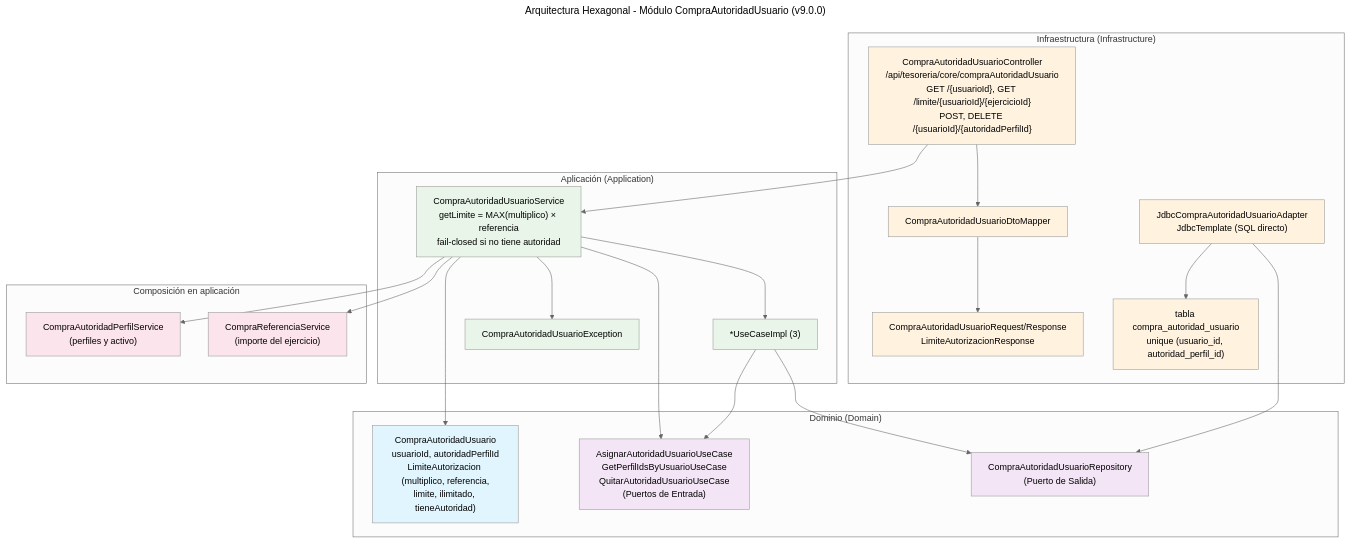
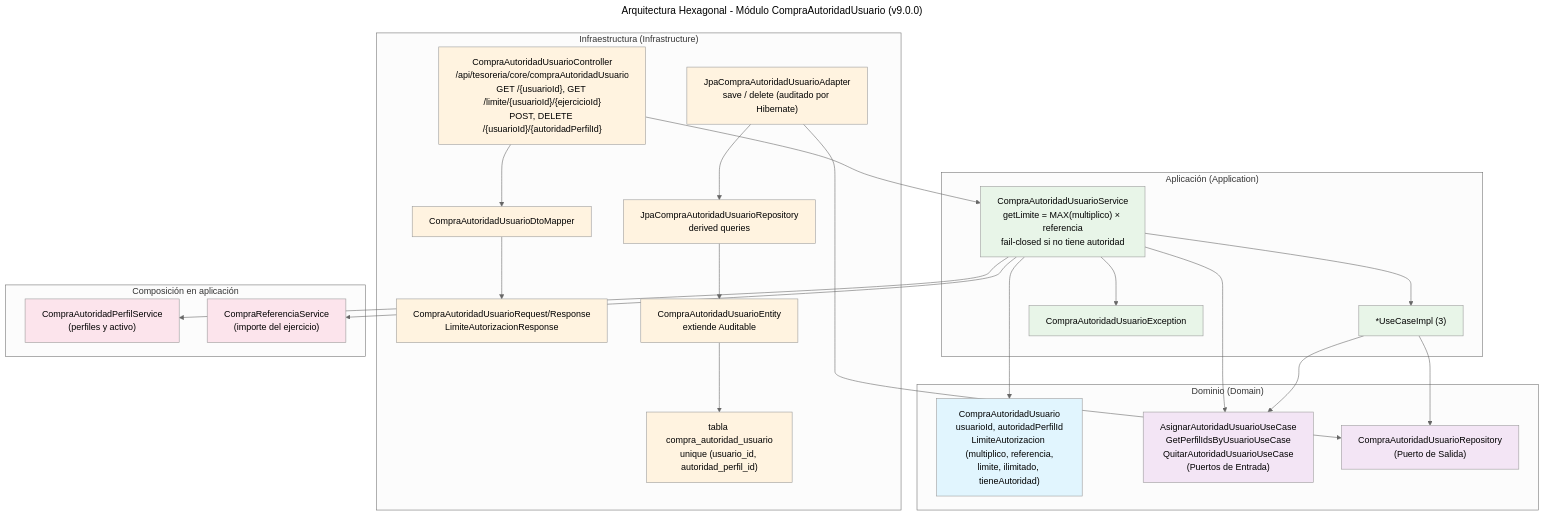
The diagram in docs/hexagonal-compraAutoridadUsuario.mmd (UM-services/UM.tesoreria.core-service), drawn with Mermaid (neutral theme) before and after one commit. The commit also changed 94 other files, not shown here.

```diff
--- a/docs/hexagonal-compraAutoridadUsuario.mmd
+++ b/docs/hexagonal-compraAutoridadUsuario.mmd
@@ -1,56 +1,62 @@
 ---
 title: Arquitectura Hexagonal - Módulo CompraAutoridadUsuario (v9.0.0)
 ---
 flowchart TD
     subgraph Dominio ["Dominio (Domain)"]
         M["CompraAutoridadUsuario<br/>usuarioId, autoridadPerfilId<br/>LimiteAutorizacion (multiplico, referencia,<br/>limite, ilimitado, tieneAutoridad)"]
         IN["AsignarAutoridadUsuarioUseCase<br/>GetPerfilIdsByUsuarioUseCase<br/>QuitarAutoridadUsuarioUseCase<br/>(Puertos de Entrada)"]
         OUT["CompraAutoridadUsuarioRepository<br/>(Puerto de Salida)"]
     end
 
     subgraph Aplicacion ["Aplicación (Application)"]
         Svc["CompraAutoridadUsuarioService<br/>getLimite = MAX(multiplico) × referencia<br/>fail-closed si no tiene autoridad"]
         UCs["*UseCaseImpl (3)"]
         Exc["CompraAutoridadUsuarioException"]
     end
 
     subgraph Infraestructura ["Infraestructura (Infrastructure)"]
         Ctrl["CompraAutoridadUsuarioController<br/>/api/tesoreria/core/compraAutoridadUsuario<br/>GET /{usuarioId}, GET /limite/{usuarioId}/{ejercicioId}<br/>POST, DELETE /{usuarioId}/{autoridadPerfilId}"]
         DTO["CompraAutoridadUsuarioRequest/Response<br/>LimiteAutorizacionResponse"]
         Map["CompraAutoridadUsuarioDtoMapper"]
-        Adp["JdbcCompraAutoridadUsuarioAdapter<br/>JdbcTemplate (SQL directo)"]
+        Adp["JpaCompraAutoridadUsuarioAdapter<br/>save / delete (auditado por Hibernate)"]
+        Repo["JpaCompraAutoridadUsuarioRepository<br/>derived queries"]
+        Ent["CompraAutoridadUsuarioEntity<br/>extiende Auditable"]
         Tabla["tabla compra_autoridad_usuario<br/>unique (usuario_id, autoridad_perfil_id)"]
     end
 
     subgraph CrossSlice ["Composición en aplicación"]
         Per["CompraAutoridadPerfilService<br/>(perfiles y activo)"]
         Ref["CompraReferenciaService<br/>(importe del ejercicio)"]
     end
 
     Ctrl --> Svc
     Ctrl --> Map
     Map --> DTO
     Svc --> IN
     Svc --> UCs
     Svc --> Exc
     Svc --> Per
     Svc --> Ref
     UCs --> IN
     UCs --> OUT
     Adp --> OUT
-    Adp --> Tabla
+    Adp --> Repo
+    Repo --> Ent
+    Ent --> Tabla
     Svc --> M
 
     style M fill:#e1f5fe
     style IN fill:#f3e5f5
     style OUT fill:#f3e5f5
     style Svc fill:#e8f5e8
     style UCs fill:#e8f5e8
     style Exc fill:#e8f5e8
     style Ctrl fill:#fff3e0
     style DTO fill:#fff3e0
     style Map fill:#fff3e0
     style Adp fill:#fff3e0
+    style Repo fill:#fff3e0
+    style Ent fill:#fff3e0
     style Tabla fill:#fff3e0
     style Per fill:#fce4ec
     style Ref fill:#fce4ec
```
